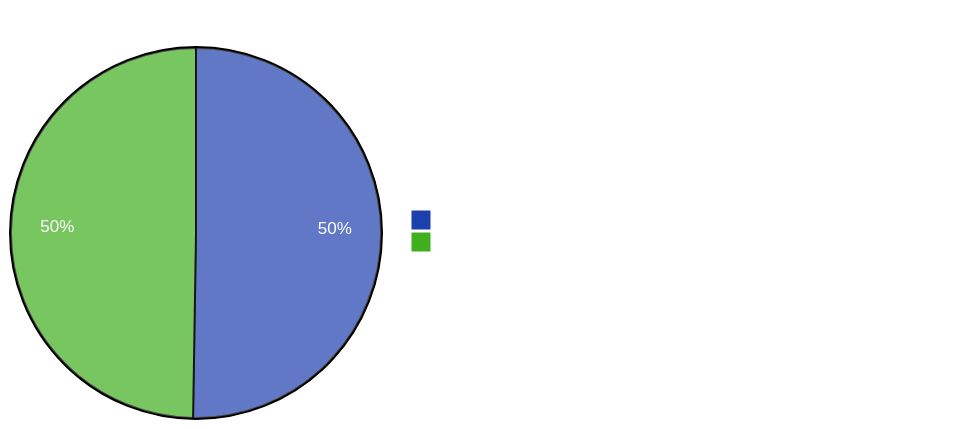
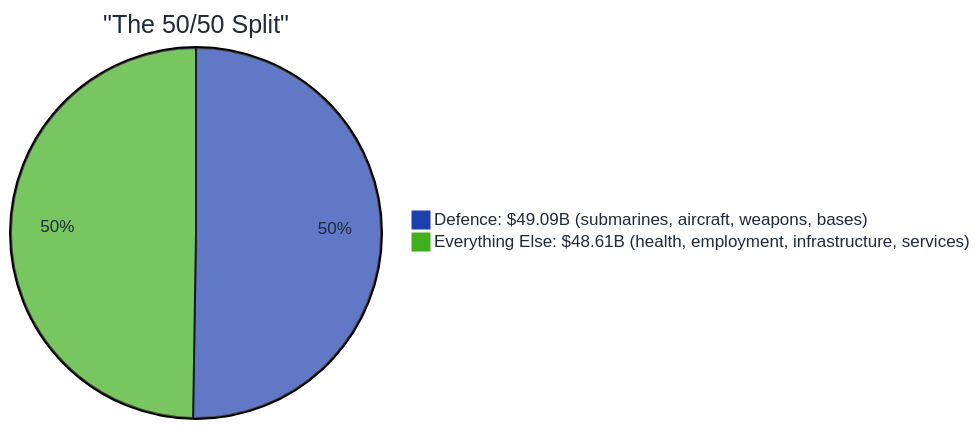
The third of 6 diagrams in federal-report.md (taxpayer-money/act-contracts), drawn with Mermaid before and after one commit. The commit also changed other lines of this file, not shown here.

First line of the commit message:
Fix federal report Mermaid legend colors

````diff
--- a/federal-report.md
+++ b/federal-report.md
@@ -64,6 +64,6 @@
 ```mermaid
-%%{init: {'theme':'base', 'themeVariables': { 'primaryColor':'#1e40af','primaryTextColor':'#fff'}}}%%
+%%{init: {'theme':'base', 'themeVariables': { 'primaryColor':'#1e40af','primaryTextColor':'#1e293b'}}}%%
 pie title "The 50/50 Split"
     "Defence: $49.09B (submarines, aircraft, weapons, bases)" : 50.25
     "Everything Else: $48.61B (health, employment, infrastructure, services)" : 49.75
 ```
````
